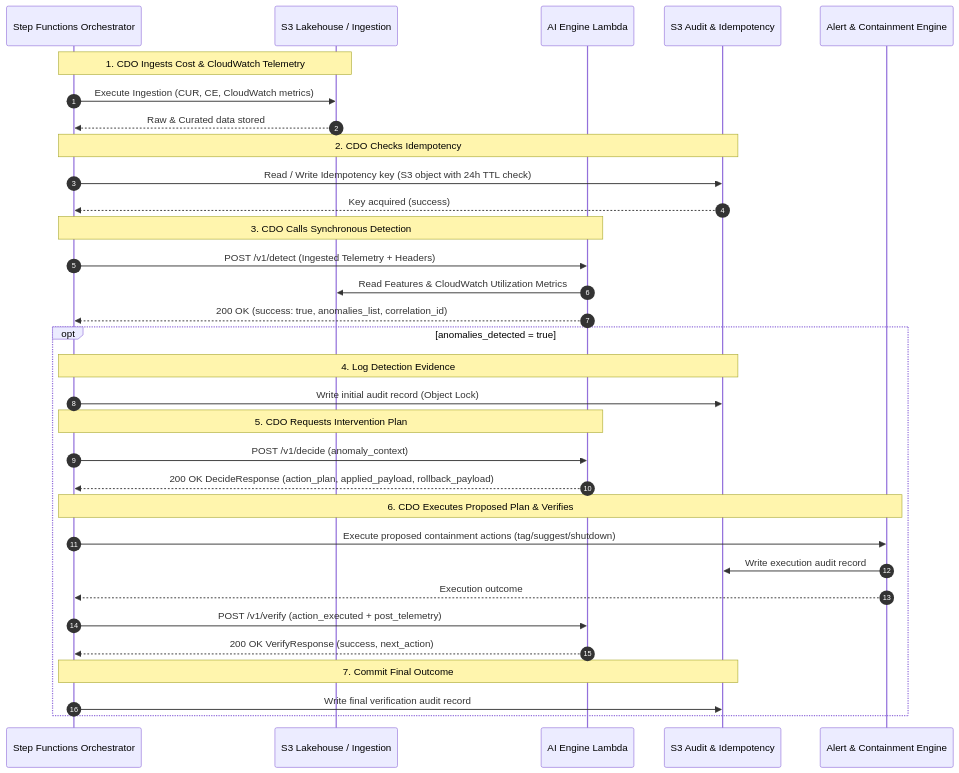
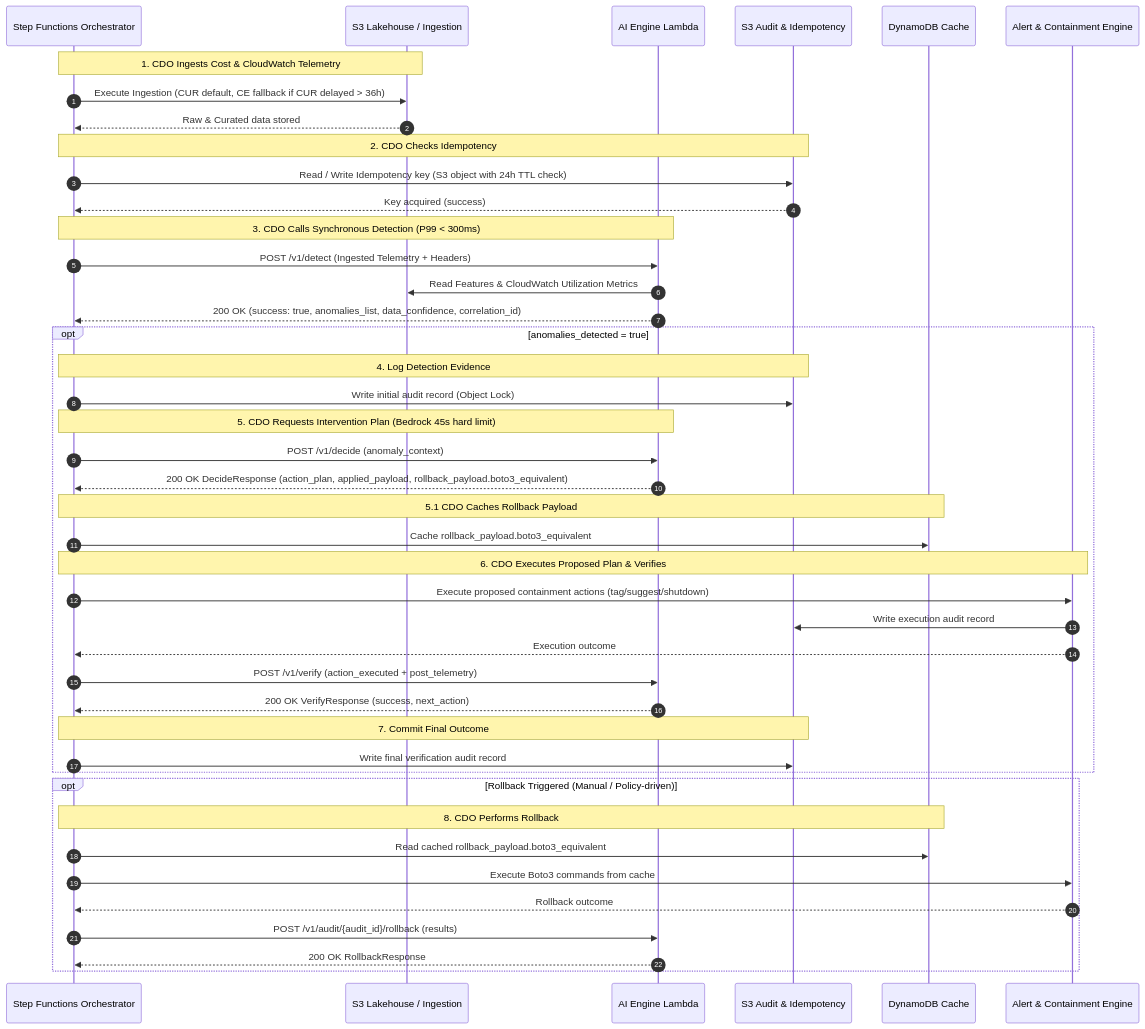
Before and after one commit to hungxqt/tf2-finops-docs: the sixth of 6 diagrams in docs/tf2-finops/02_infra_design.md, drawn with Mermaid. The commit also changed other lines of this file and 24 other files, not shown here.

````diff
--- a/docs/tf2-finops/02_infra_design.md
+++ b/docs/tf2-finops/02_infra_design.md
@@ -264,42 +269,55 @@
 ```mermaid
 sequenceDiagram
     autonumber
     participant SF as Step Functions Orchestrator
     participant Lake as S3 Lakehouse / Ingestion
     participant AI as AI Engine Lambda
     participant S3 as S3 Audit & Idempotency
+    participant DDB as DynamoDB Cache
     participant Cont as Alert & Containment Engine
 
     Note over SF, Lake: 1. CDO Ingests Cost & CloudWatch Telemetry
-    SF->>Lake: Execute Ingestion (CUR, CE, CloudWatch metrics)
+    SF->>Lake: Execute Ingestion (CUR default, CE fallback if CUR delayed > 36h)
     Lake-->>SF: Raw & Curated data stored
     
     Note over SF, S3: 2. CDO Checks Idempotency
     SF->>S3: Read / Write Idempotency key (S3 object with 24h TTL check)
     S3-->>SF: Key acquired (success)
     
-    Note over SF, AI: 3. CDO Calls Synchronous Detection
+    Note over SF, AI: 3. CDO Calls Synchronous Detection (P99 < 300ms)
     SF->>AI: POST /v1/detect (Ingested Telemetry + Headers)
     AI->>Lake: Read Features & CloudWatch Utilization Metrics
-    AI-->>SF: 200 OK (success: true, anomalies_list, correlation_id)
+    AI-->>SF: 200 OK (success: true, anomalies_list, data_confidence, correlation_id)
     
     opt anomalies_detected = true
         Note over SF, S3: 4. Log Detection Evidence
         SF->>S3: Write initial audit record (Object Lock)
         
-        Note over SF, AI: 5. CDO Requests Intervention Plan
+        Note over SF, AI: 5. CDO Requests Intervention Plan (Bedrock 45s hard limit)
         SF->>AI: POST /v1/decide (anomaly_context)
-        AI-->>SF: 200 OK DecideResponse (action_plan, applied_payload, rollback_payload)
+        AI-->>SF: 200 OK DecideResponse (action_plan, applied_payload, rollback_payload.boto3_equivalent)
+        
+        Note over SF, DDB: 5.1 CDO Caches Rollback Payload
+        SF->>DDB: Cache rollback_payload.boto3_equivalent
         
         Note over SF, Cont: 6. CDO Executes Proposed Plan & Verifies
         SF->>Cont: Execute proposed containment actions (tag/suggest/shutdown)
         Cont->>S3: Write execution audit record
         Cont-->>SF: Execution outcome
         
         SF->>AI: POST /v1/verify (action_executed + post_telemetry)
         AI-->>SF: 200 OK VerifyResponse (success, next_action)
         
         Note over SF, S3: 7. Commit Final Outcome
         SF->>S3: Write final verification audit record
     end
+
+    opt Rollback Triggered (Manual / Policy-driven)
+        Note over SF, DDB: 8. CDO Performs Rollback
+        SF->>DDB: Read cached rollback_payload.boto3_equivalent
+        SF->>Cont: Execute Boto3 commands from cache
+        Cont-->>SF: Rollback outcome
+        SF->>AI: POST /v1/audit/{audit_id}/rollback (results)
+        AI-->>SF: 200 OK RollbackResponse
+    end
 ```
````
